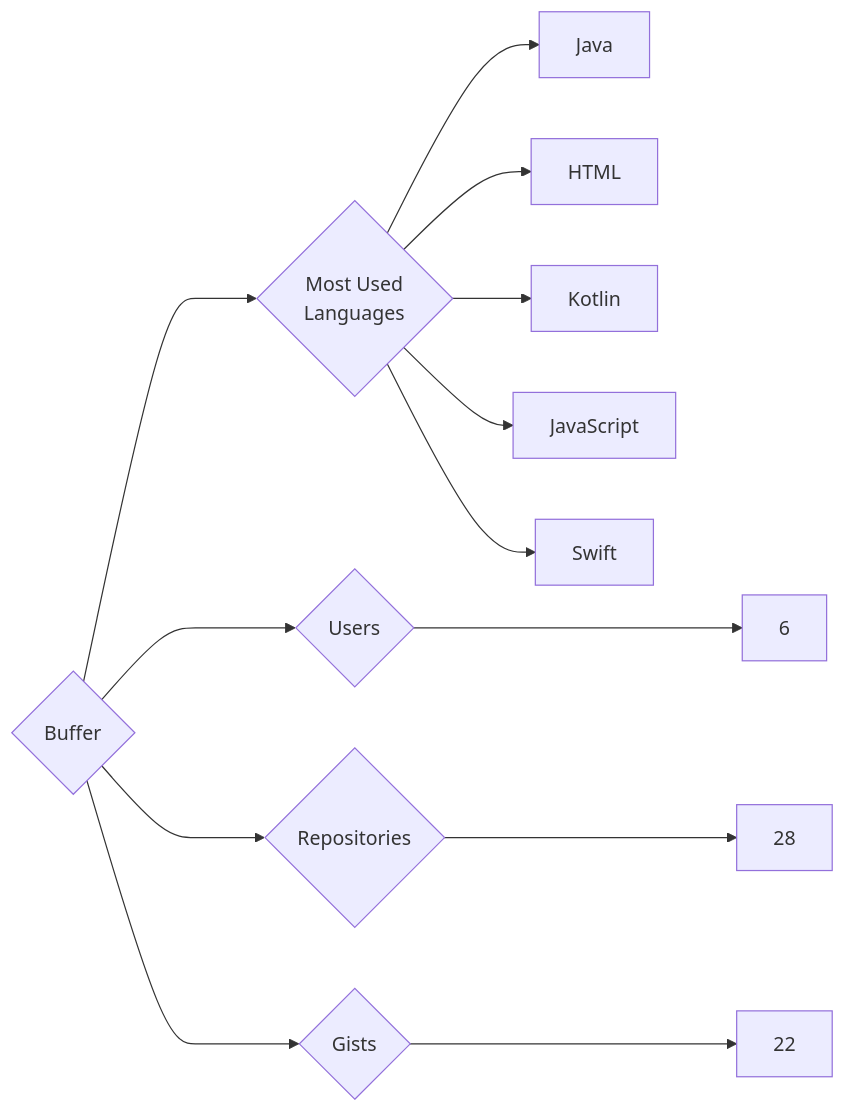
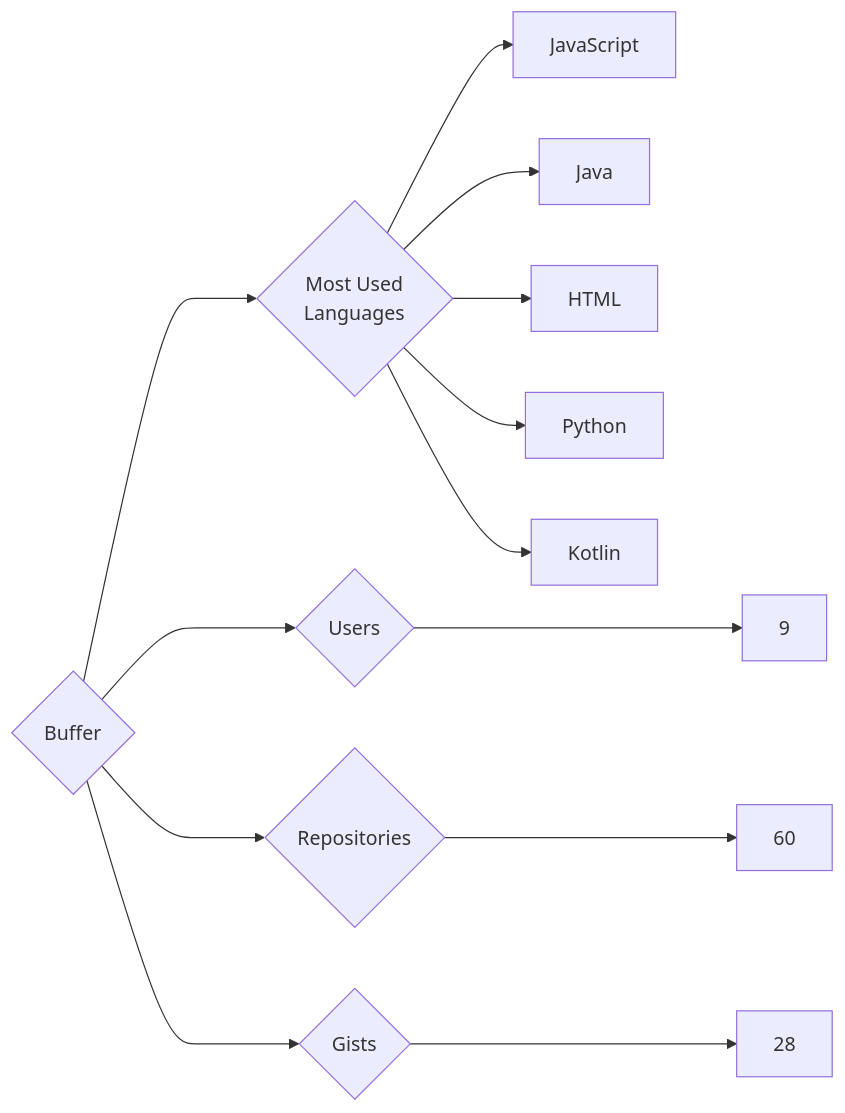
One commit to trickest/insiders changed the diagram in targets/Buffer/README.md. Above: the diagram before and after it, drawn with Mermaid. The commit also changed 838 other files, not shown here.

````diff
--- a/targets/Buffer/README.md
+++ b/targets/Buffer/README.md
@@ -3,13 +3,13 @@
 ```mermaid
 graph LR
 COMPANY_NAME{Buffer}
-COMPANY_NAME ---> U{Users} ---> UN[6]
-COMPANY_NAME ---> R{Repositories} ---> RN[28]
-COMPANY_NAME ---> G{Gists} ---> GN[22]
+COMPANY_NAME ---> U{Users} ---> UN[9]
+COMPANY_NAME ---> R{Repositories} ---> RN[60]
+COMPANY_NAME ---> G{Gists} ---> GN[28]
 COMPANY_NAME ---> ML{Most Used<br>Languages}
+ML --> JavaScript[JavaScript]
 ML --> Java[Java]
 ML --> HTML[HTML]
+ML --> Python[Python]
 ML --> Kotlin[Kotlin]
-ML --> JavaScript[JavaScript]
-ML --> Swift[Swift]
 ```
````
